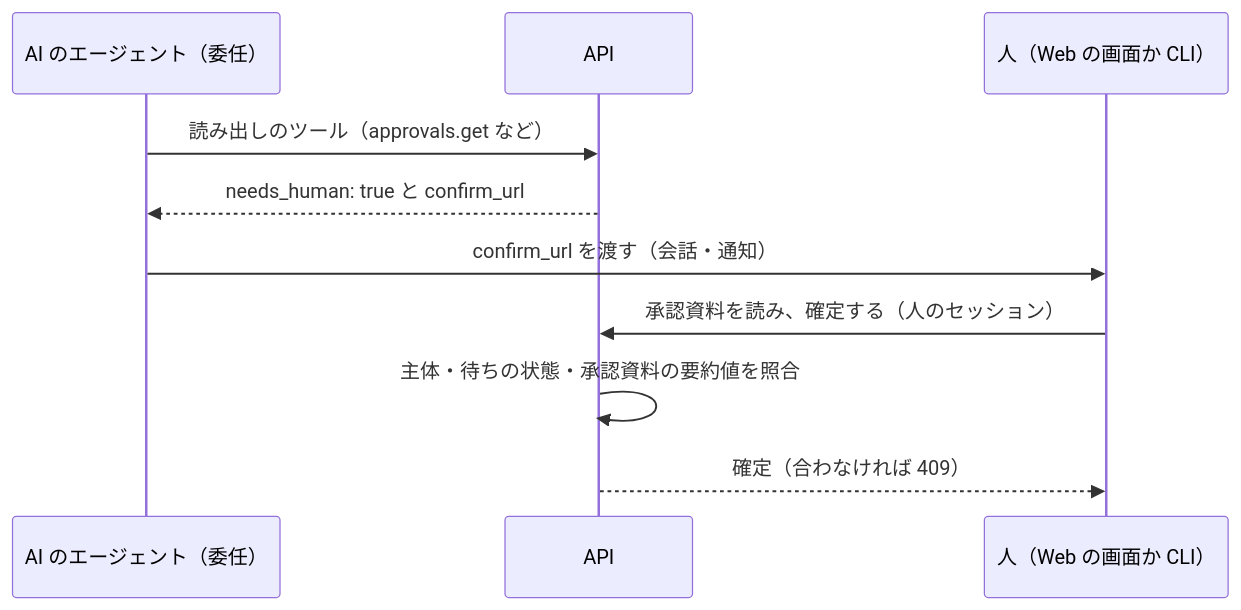
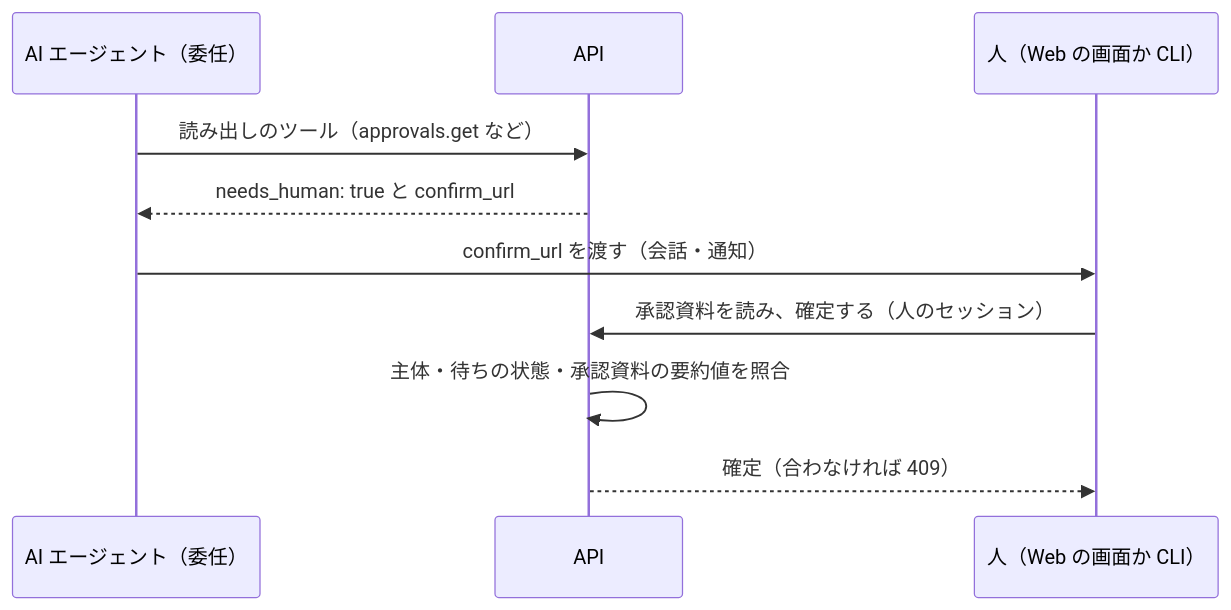
One commit to devbasex/nd-factory changed the third of 4 diagrams in docs/design/api.md. Above: the diagram before and after it, drawn with Mermaid. The commit also changed other lines of this file and 4 other files, not shown here.

````diff
--- a/docs/design/api.md
+++ b/docs/design/api.md
@@ -564,12 +564,12 @@
 ```mermaid
 sequenceDiagram
-  participant AG as AI のエージェント（委任）
+  participant AG as AI エージェント（委任）
   participant API as API
   participant H as 人（Web の画面か CLI）
   AG->>API: 読み出しのツール（approvals.get など）
   API-->>AG: needs_human: true と confirm_url
   AG->>H: confirm_url を渡す（会話・通知）
   H->>API: 承認資料を読み、確定する（人のセッション）
   API->>API: 主体・待ちの状態・承認資料の要約値を照合
   API-->>H: 確定（合わなければ 409）
 ```
````
